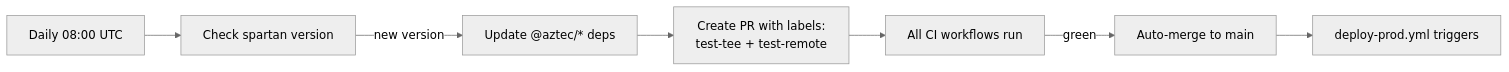
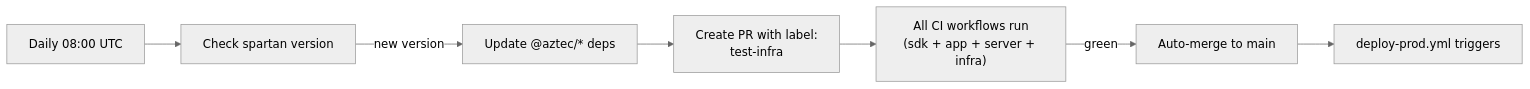
One commit to alejoamiras/tee-rex changed the fifth of 5 diagrams in lessons/ci-pipeline-audit.md. Above: the diagram before and after it, drawn with Mermaid (neutral theme). The commit also changed other lines of this file and 3 other files, not shown here.

First line of the commit message:
feat: combined infra workflow for TEE + Remote e2e (#54)

````diff
--- a/lessons/ci-pipeline-audit.md
+++ b/lessons/ci-pipeline-audit.md
@@ -104,9 +117,9 @@
 ```mermaid
 graph LR
     cron["Daily 08:00 UTC"] --> check["Check spartan version"]
     check -->|new version| update["Update @aztec/* deps"]
-    update --> pr["Create PR with labels:<br/>test-tee + test-remote"]
-    pr --> ci["All CI workflows run"]
+    update --> pr["Create PR with label:<br/>test-infra"]
+    pr --> ci["All CI workflows run<br/>(sdk + app + server + infra)"]
     ci -->|green| merge["Auto-merge to main"]
     merge --> deploy["deploy-prod.yml triggers"]
 ```
````
